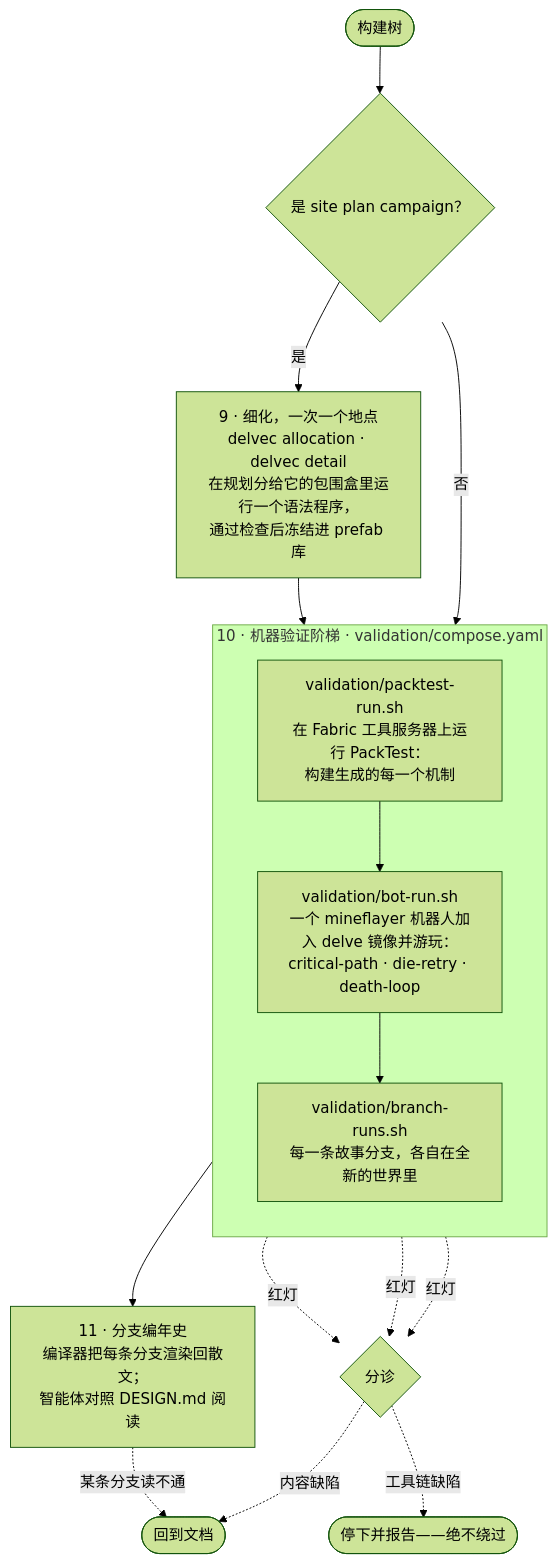
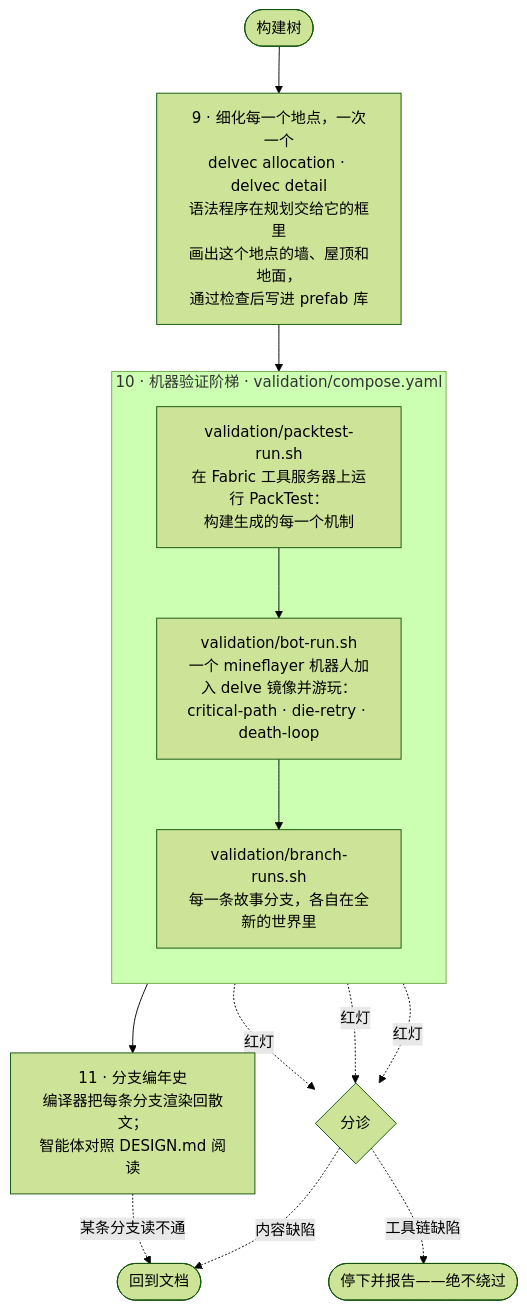
Before and after one commit to stellarfeline/delvewright: the fifth of 9 diagrams in docs/how-it-works.zh-CN.md, drawn with Mermaid (forest theme). The commit also changed other lines of this file and 1 other file, not shown here.

First line of the commit message:
docs(how-it-works): every map is a site plan (ADR-0032)

````diff
--- a/docs/how-it-works.zh-CN.md
+++ b/docs/how-it-works.zh-CN.md
@@ -116,22 +113,20 @@
 ```mermaid
 flowchart TD
-    T(["构建树"]) --> SPQ{"是 site plan campaign？"}
-    SPQ -->|"是"| DET["9 · 细化，一次一个地点<br/>delvec allocation · delvec detail<br/>在规划分给它的包围盒里运行一个语法程序，<br/>通过检查后冻结进 prefab 库"]
-    SPQ -->|"否"| PT
+    T(["构建树"]) --> DET["9 · 细化每一个地点，一次一个<br/>delvec allocation · delvec detail<br/>语法程序在规划交给它的框里<br/>画出这个地点的墙、屋顶和地面，<br/>通过检查后写进 prefab 库"]
     DET --> PT
 
     subgraph LADDER ["10 · 机器验证阶梯 · validation/compose.yaml"]
         direction TB
         PT["validation/packtest-run.sh<br/>在 Fabric 工具服务器上运行 PackTest：<br/>构建生成的每一个机制"]
         PT --> BOT["validation/bot-run.sh<br/>一个 mineflayer 机器人加入 delve 镜像并游玩：<br/>critical-path · die-retry · death-loop"]
         BOT --> BR["validation/branch-runs.sh<br/>每一条故事分支，各自在全新的世界里"]
     end
 
     PT -.->|"红灯"| TRI{"分诊"}
     BOT -.->|"红灯"| TRI
     BR -.->|"红灯"| TRI
     TRI -.->|"内容缺陷"| BACK(["回到文档"])
     TRI -.->|"工具链缺陷"| ESC(["停下并报告——绝不绕过"])
     BR --> CH["11 · 分支编年史<br/>编译器把每条分支渲染回散文；<br/>智能体对照 DESIGN.md 阅读"]
     CH -.->|"某条分支读不通"| BACK
 ```
````
